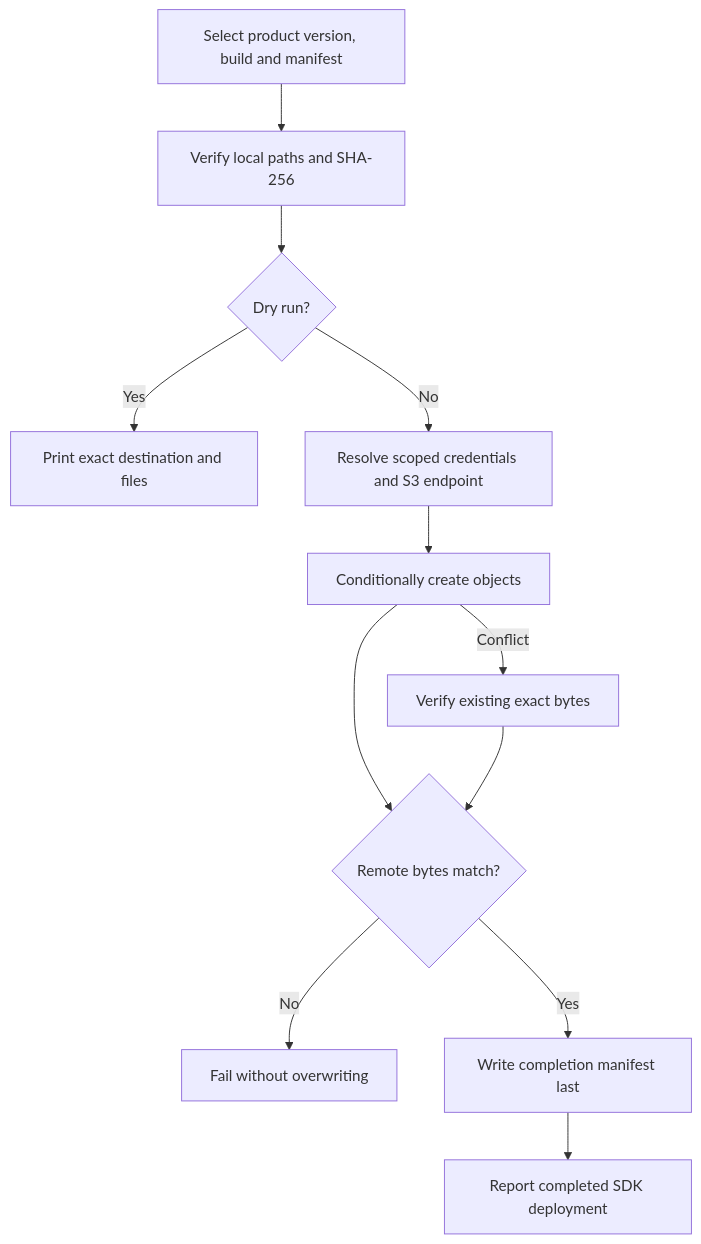
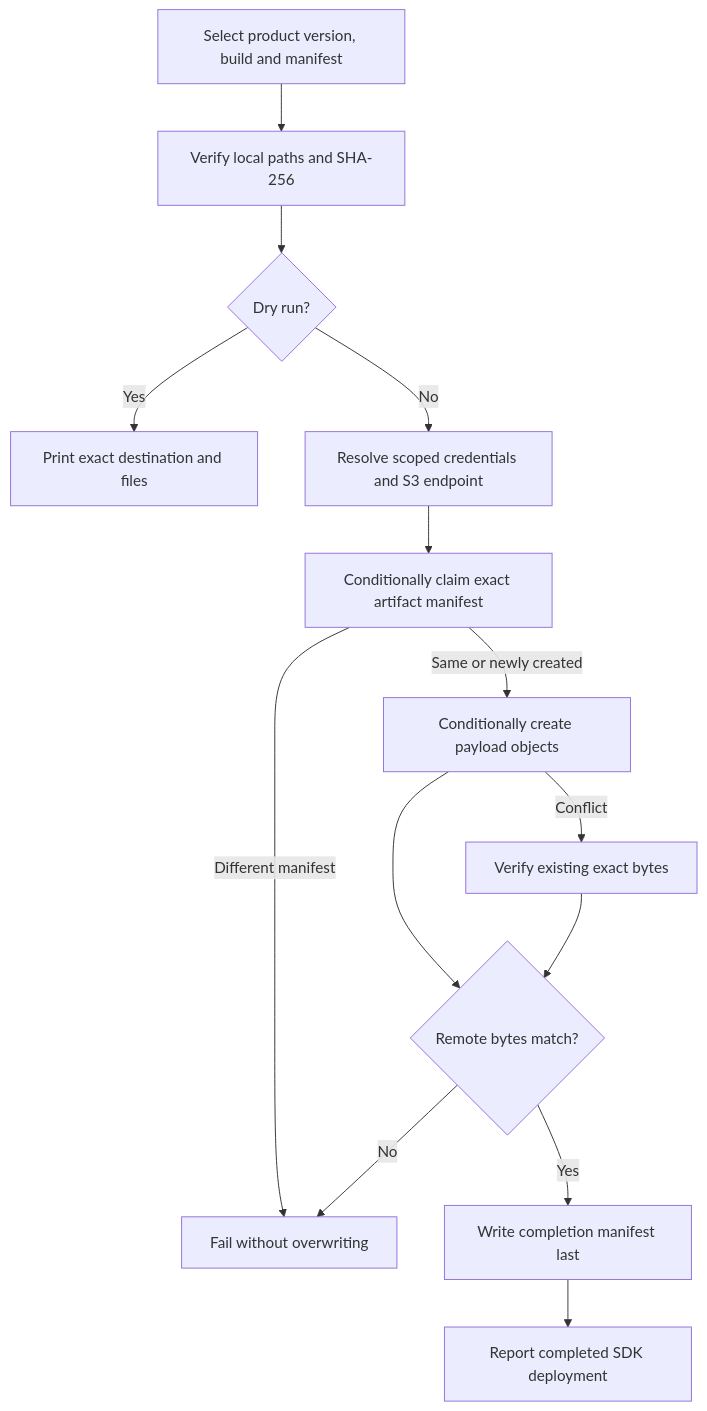
Diagram 41 of 41 in PROJECT.md (polyglue/polyglue), drawn with Mermaid before and after one commit. The commit also changed other lines of this file and 2 other files, not shown here.

Commit message:
docs: reconcile generation, artifact validation and deployment

````diff
--- a/PROJECT.md
+++ b/PROJECT.md
@@ -4137,14 +4180,16 @@
 ```mermaid
 flowchart TD
     A["Select product version, build and manifest"] --> B["Verify local paths and SHA-256"]
     B --> C{"Dry run?"}
     C -->|Yes| D["Print exact destination and files"]
     C -->|No| E["Resolve scoped credentials and S3 endpoint"]
-    E --> F["Conditionally create objects"]
+    E --> Q["Conditionally claim exact artifact manifest"]
+    Q -->|Different manifest| X["Fail without overwriting"]
+    Q -->|Same or newly created| F["Conditionally create payload objects"]
     F --> G{"Remote bytes match?"}
     G -->|No| X["Fail without overwriting"]
     G -->|Yes| H["Write completion manifest last"]
     H --> I["Report completed SDK deployment"]
     F -->|Conflict| J["Verify existing exact bytes"]
     J --> G
 ```
````
